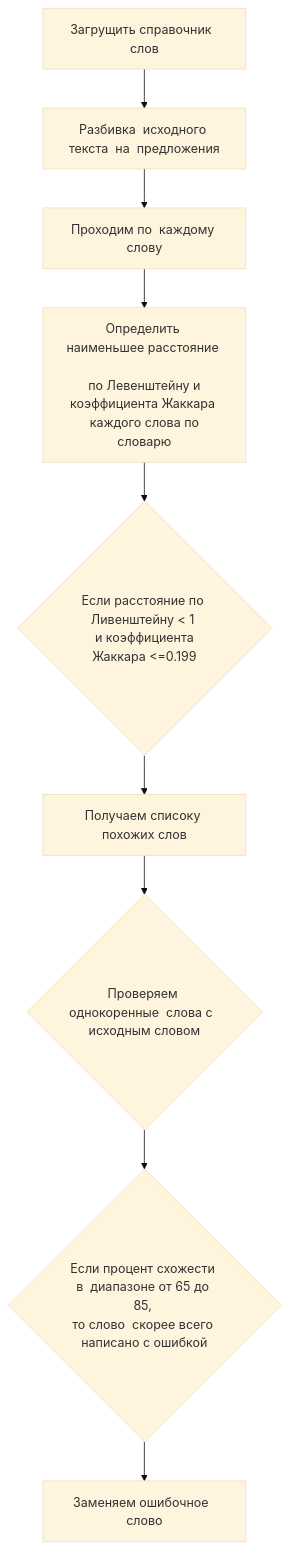
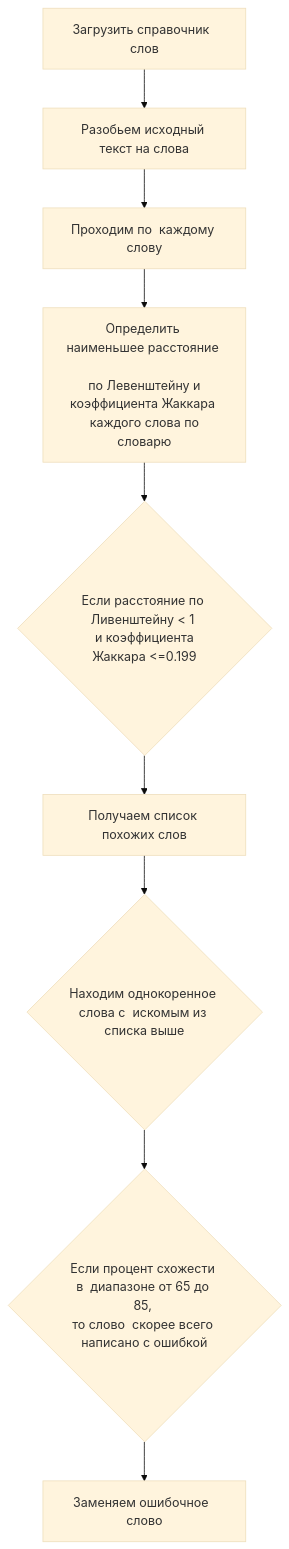
The diagram in README.MD (Barolina/search_spelling_errors), drawn with Mermaid (base theme) before and after one commit. The commit also changed other lines of this file, not shown here.

````diff
--- a/README.MD
+++ b/README.MD
@@ -17,22 +23,22 @@
 ```mermaid
 flowchart TB
-	A[Загрущить справочник  слов]
-	B[Разбивка  исходного текста  на  предложения]
+	A[Загрузить справочник  слов]
+	B[Разобьем исходный текст на слова]
 	C[Проходим по  каждому слову]		
 	M[Определить наименьшее расстояние  \n по Левенштейну и коэффициента Жаккара \n каждого слова по словарю]
 	D{Если расстояние по Ливенштейну < 1 \n и коэффициента Жаккара <=0.199}
-	H[Получаем списоку похожих слов]
-	J{Проверяем однокоренные  слова с  исходным словом}
+	H[Получаем список похожих слов]
+	J{Находим однокоренное слова с  искомым из списка выше}
 	K{Если процент схожести в  диапазоне от 65 до 85, \n то слово  скорее всего  написано с ошибкой}
 	L[Заменяем ошибочное  слово]
 	A --> B
 	B --> C	 	
 	C --> M	
 	M --> D
 	D --> H	
 	H --> J
 	J --> K	
 	K --> L
 	
 
 ```
````
